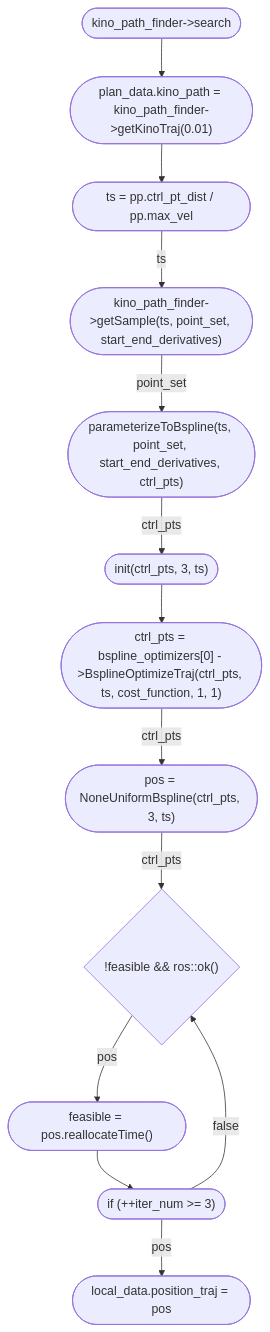
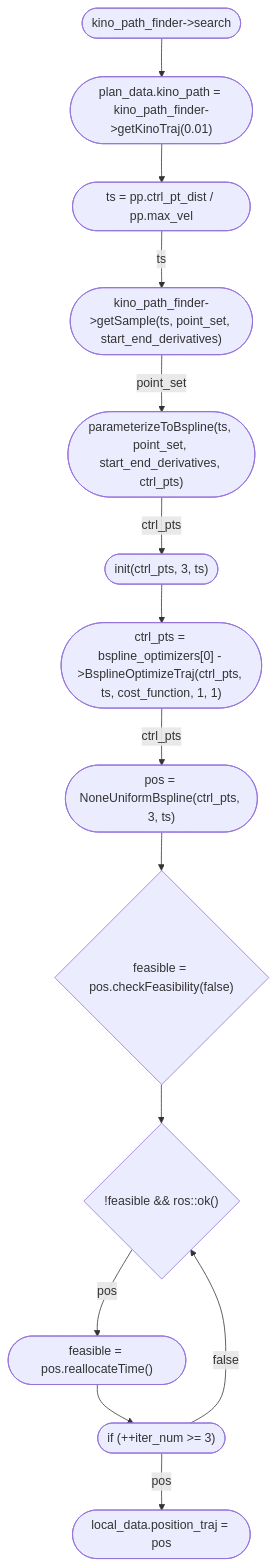
One commit to Dieptranivsr/drone_extend changed the second of 2 diagrams in sp_code/create_table.md. Above: the diagram before and after it, drawn with Mermaid.

````diff
--- a/sp_code/create_table.md
+++ b/sp_code/create_table.md
@@ -33,15 +33,16 @@
 ```mermaid
 flowchart TD
     id1(["kino_path_finder->search"]) --> id2(["plan_data.kino_path = kino_path_finder->getKinoTraj(0.01)"])
     id2 --> id3(["ts = pp.ctrl_pt_dist / pp.max_vel"])
     id3 --> |ts| id4(["kino_path_finder->getSample(ts, point_set, start_end_derivatives)"])
     id4 --> |point_set| id5(["parameterizeToBspline(ts, point_set, start_end_derivatives, ctrl_pts)"])
     id5 --> |ctrl_pts| id6(["init(ctrl_pts, 3, ts)"])
     id6 --> id7(["ctrl_pts = bspline_optimizers[0] - >BsplineOptimizeTraj(ctrl_pts, ts, cost_function, 1, 1)"])
     id7 --> |ctrl_pts| id8(["pos = NoneUniformBspline(ctrl_pts, 3, ts)"])
-    id8 --> |ctrl_pts| id9{"!feasible && ros::ok()"}
-    id9 --> |pos| id10(["feasible = pos.reallocateTime()"])
-    id10 --> id11(["if (++iter_num >= 3) "])
-    id11 --> |false| id9
-    id11 --> |pos| id12(["local_data.position_traj = pos"])
+    id8 --> id9{"feasible = pos.checkFeasibility(false)"}
+    id9 --> id10{"!feasible && ros::ok()"}
+    id10 --> |pos| id11(["feasible = pos.reallocateTime()"])
+    id11 --> id12(["if (++iter_num >= 3) "])
+    id12 --> |false| id10
+    id12 --> |pos| id13(["local_data.position_traj = pos"])
 ```
````
